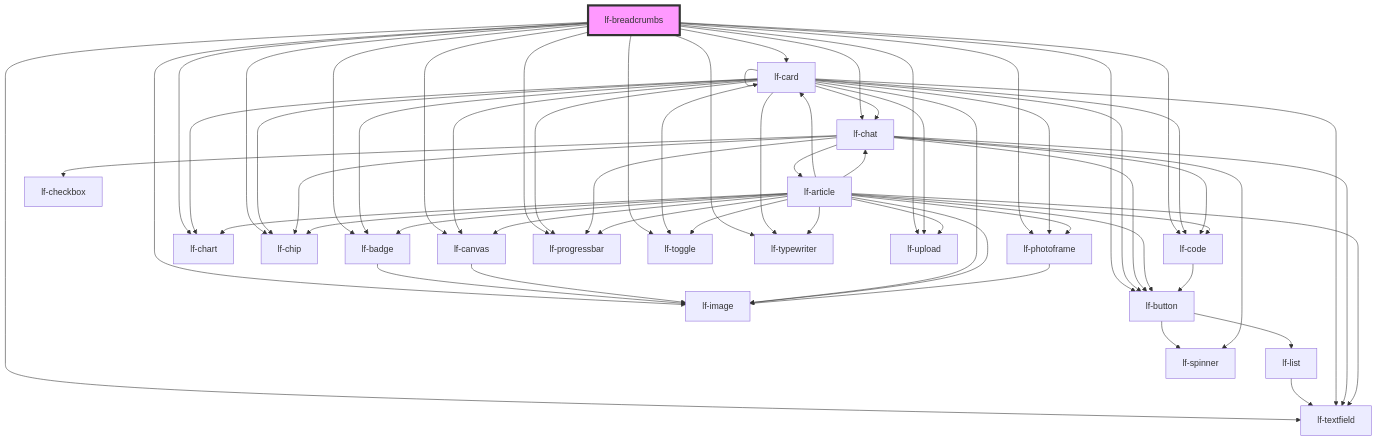
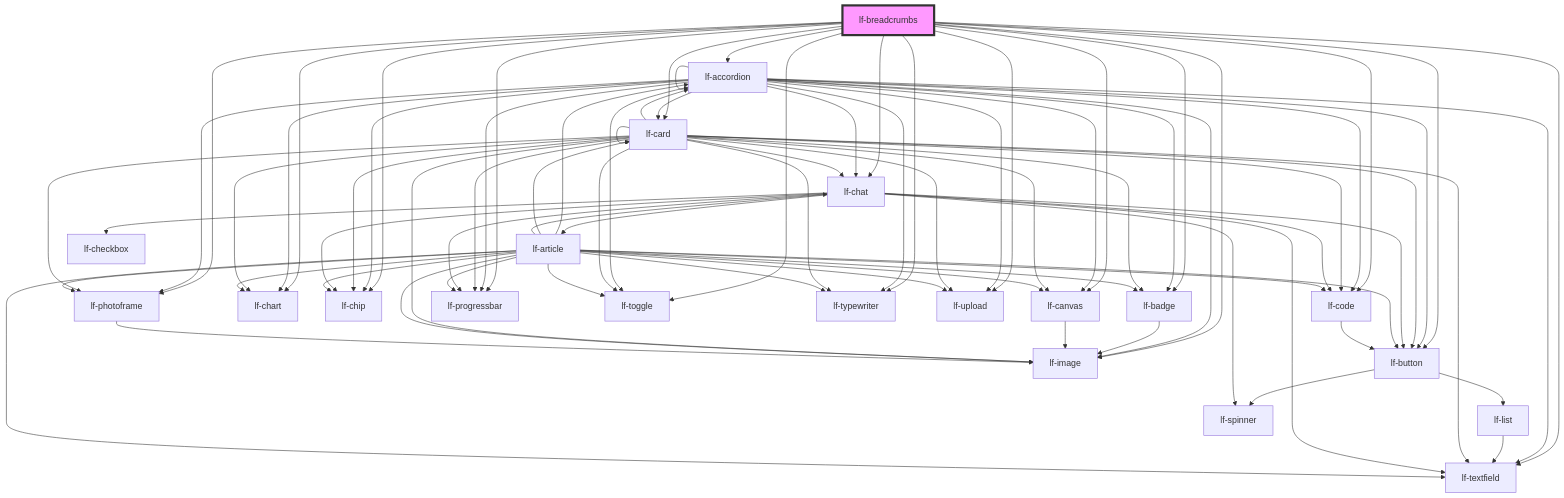
One commit to lucafoscili/lf-widgets changed the diagram in packages/core/src/components/lf-breadcrumbs/readme.md. Above: the diagram before and after it, drawn with Mermaid. The commit also changed other lines of this file and 23 other files, not shown here.

````diff
--- a/packages/core/src/components/lf-breadcrumbs/readme.md
+++ b/packages/core/src/components/lf-breadcrumbs/readme.md
@@ -161,5 +162,6 @@
 ```mermaid
 graph TD;
+  lf-breadcrumbs --> lf-accordion
   lf-breadcrumbs --> lf-badge
   lf-breadcrumbs --> lf-button
   lf-breadcrumbs --> lf-canvas
@@ -175,11 +177,28 @@
   lf-breadcrumbs --> lf-toggle
   lf-breadcrumbs --> lf-typewriter
   lf-breadcrumbs --> lf-upload
+  lf-accordion --> lf-accordion
+  lf-accordion --> lf-badge
+  lf-accordion --> lf-button
+  lf-accordion --> lf-canvas
+  lf-accordion --> lf-card
+  lf-accordion --> lf-chart
+  lf-accordion --> lf-chat
+  lf-accordion --> lf-chip
+  lf-accordion --> lf-code
+  lf-accordion --> lf-image
+  lf-accordion --> lf-photoframe
+  lf-accordion --> lf-progressbar
+  lf-accordion --> lf-textfield
+  lf-accordion --> lf-toggle
+  lf-accordion --> lf-typewriter
+  lf-accordion --> lf-upload
   lf-badge --> lf-image
   lf-button --> lf-list
   lf-button --> lf-spinner
   lf-list --> lf-textfield
   lf-canvas --> lf-image
+  lf-card --> lf-accordion
   lf-card --> lf-badge
   lf-card --> lf-button
   lf-card --> lf-canvas
@@ -203,6 +222,7 @@
   lf-chat --> lf-progressbar
   lf-chat --> lf-code
   lf-chat --> lf-checkbox
+  lf-article --> lf-accordion
   lf-article --> lf-badge
   lf-article --> lf-button
   lf-article --> lf-canvas
````
